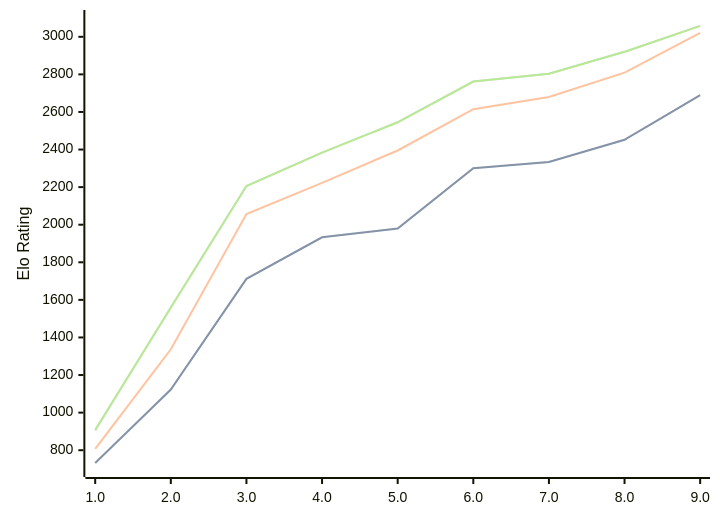
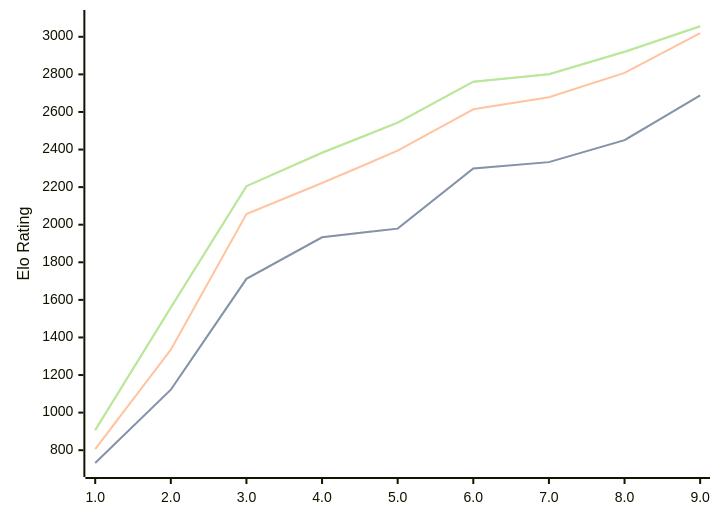
One commit to computer-chess-index/cci changed the diagram in engines/Pea.md. Above: the diagram before and after it, drawn with Mermaid. The commit also changed other lines of this file, not shown here.

Commit message:
Update CCI Ratings (ELO VLTC) - 2026-08-04

````diff
--- a/engines/Pea.md
+++ b/engines/Pea.md
@@ -39,11 +39,11 @@
 ```mermaid
 %%{init: {"theme":"base","themeVariables":{"seriesColors:['#a3a3a3','#222221','#faa371']}}}%%
 xychart-beta
   x-axis ["1.0", "2.0", "3.0", "4.0", "5.0", "6.0", "7.0", "8.0", "9.0"]
   y-axis "Elo Rating" 700 --> 3100
-  line "STC (8.0+0.08s)" [732, 1123, 1712, 1933, 1980, 2300, 2334, 2452, 2689]
-  line "STC (8.0+0.08s)" [732, 1123, 1712, 1933, 1980, 2300, 2334, 2452, 2689]
-  line "LTC (60.0+0.60s)" [807, 1337, 2057, 2223, 2395, 2615, 2680, 2809, 3021]
-  line "VLTC (2m24s+1.12s)" [907, 1559, 2206, 2384, 2545, 2762, 2803, 2920, 3058]
-  line "VLTC (2m24s+1.12s)" [907, 1559, 2206, 2384, 2545, 2762, 2803, 2920, 3058]
+  line "STC (8.0+0.08s)" [732, 1122, 1712, 1933, 1979, 2299, 2333, 2450, 2688]
+  line "STC (8.0+0.08s)" [732, 1122, 1712, 1933, 1979, 2299, 2333, 2450, 2688]
+  line "LTC (60.0+0.60s)" [806, 1335, 2057, 2222, 2394, 2614, 2678, 2808, 3020]
+  line "VLTC (2m24s+1.12s)" [907, 1559, 2205, 2383, 2543, 2761, 2801, 2920, 3056]
+  line "VLTC (2m24s+1.12s)" [907, 1559, 2205, 2383, 2543, 2761, 2801, 2920, 3056]
 ```
````
